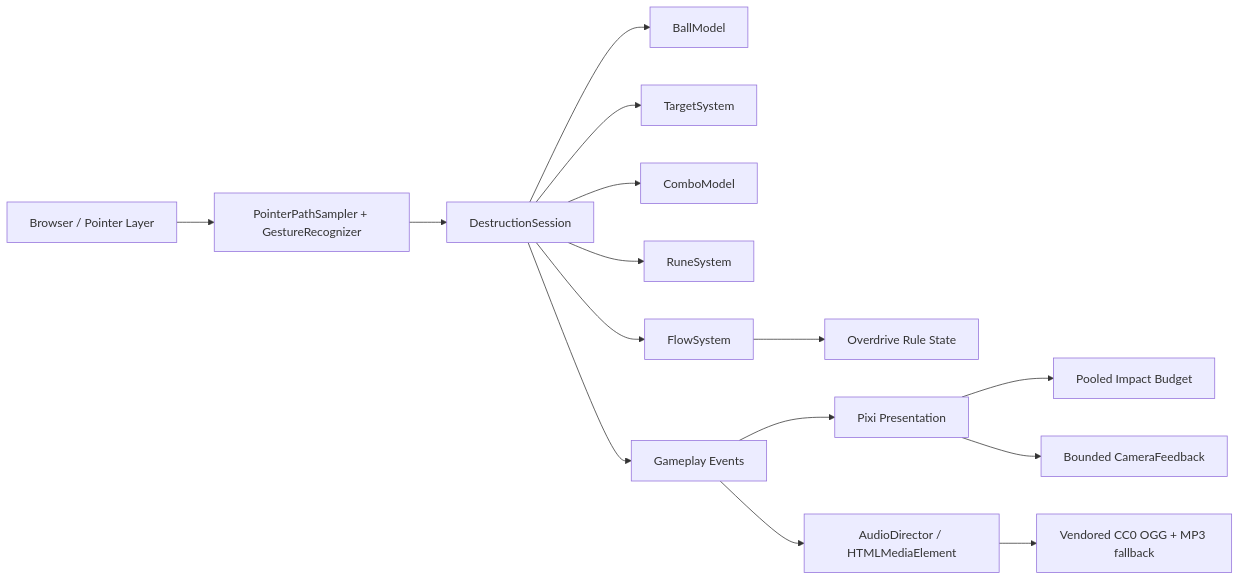
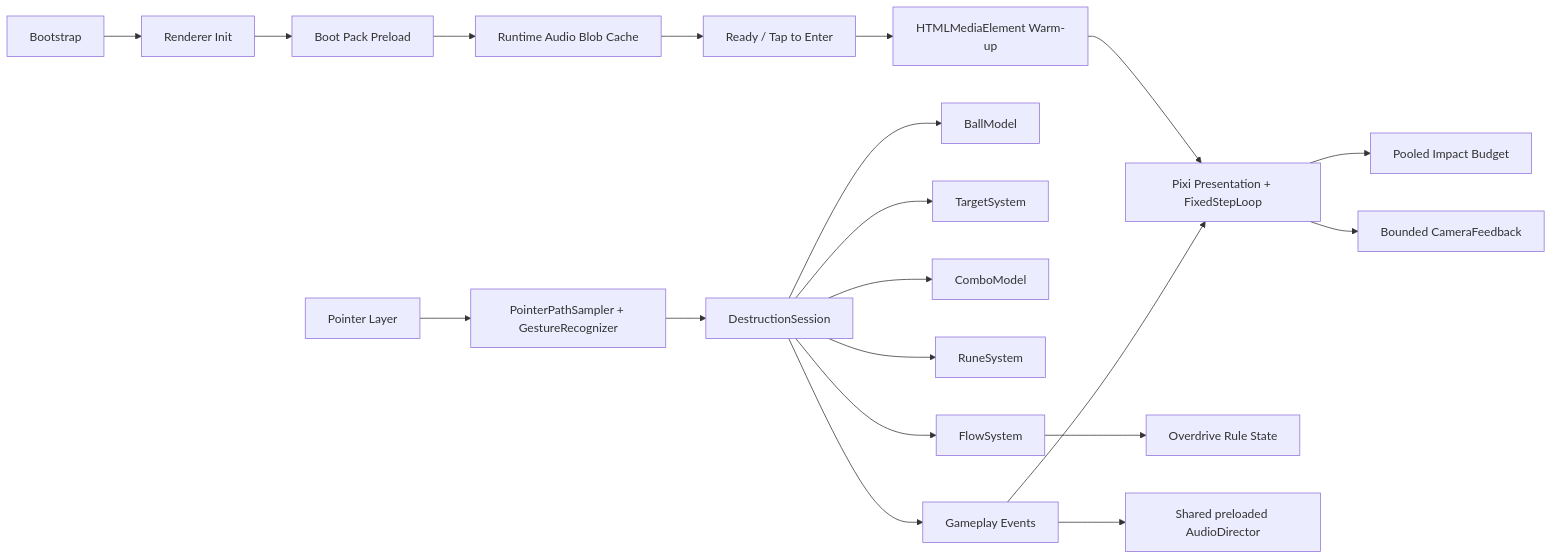
Before and after one commit to zeroLR/2D-game-playground: the diagram in rune-ball/README.md, drawn with Mermaid. The commit also changed other lines of this file, not shown here.

Commit message:
docs(rune-ball): document P5.3 preload lifecycle

````diff
--- a/rune-ball/README.md
+++ b/rune-ball/README.md
@@ -47,17 +55,22 @@
 ```mermaid
 flowchart LR
-  Browser[Browser / Pointer Layer] --> Gesture[PointerPathSampler + GestureRecognizer]
+  Boot[Bootstrap] --> Renderer[Renderer Init]
+  Renderer --> Preload[Boot Pack Preload]
+  Preload --> Blobs[Runtime Audio Blob Cache]
+  Blobs --> Ready[Ready / Tap to Enter]
+  Ready --> Warm[HTMLMediaElement Warm-up]
+  Warm --> Scene[Pixi Presentation + FixedStepLoop]
+  Browser[Pointer Layer] --> Gesture[PointerPathSampler + GestureRecognizer]
   Gesture --> Session[DestructionSession]
   Session --> Ball[BallModel]
   Session --> Targets[TargetSystem]
   Session --> Combo[ComboModel]
   Session --> Runes[RuneSystem]
   Session --> Flow[FlowSystem]
   Flow --> OD[Overdrive Rule State]
   Session --> Events[Gameplay Events]
-  Events --> Scene[Pixi Presentation]
-  Events --> Audio[AudioDirector / HTMLMediaElement]
-  Audio --> Assets[Vendored CC0 OGG + MP3 fallback]
+  Events --> Scene
+  Events --> Audio[Shared preloaded AudioDirector]
   Scene --> Pool[Pooled Impact Budget]
   Scene --> Camera[Bounded CameraFeedback]
 ```
````
